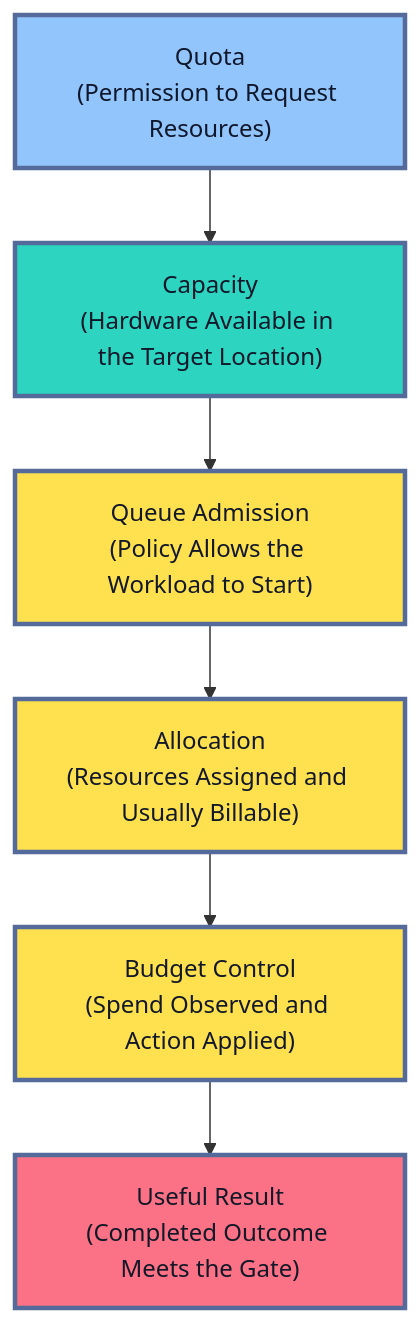
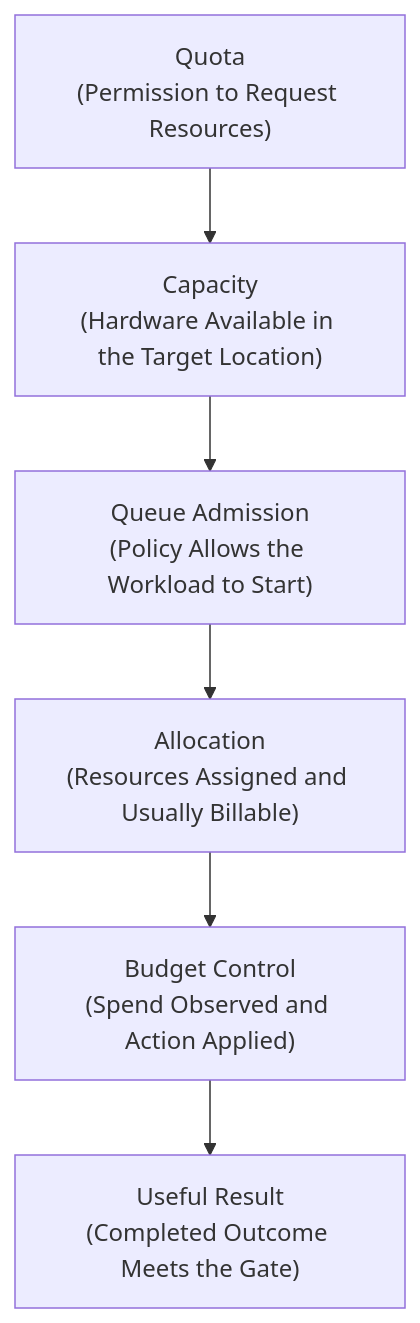
One commit to senlinyy/dev-roadmaps changed the second of 5 diagrams in roadmaps/mlops/modules/training-pipelines/scaling-training/03-training-cost-and-quotas.md. Above: the diagram before and after it, drawn with Mermaid. The commit also changed other lines of this file and 152 other files, not shown here.

Commit message:
feat: mlops and diagrams updated

````diff
--- a/roadmaps/mlops/modules/training-pipelines/scaling-training/03-training-cost-and-quotas.md
+++ b/roadmaps/mlops/modules/training-pipelines/scaling-training/03-training-cost-and-quotas.md
@@ -140,17 +136,13 @@
 ```mermaid
 flowchart TD
     A["Quota<br/>(Permission to Request Resources)"] --> B["Capacity<br/>(Hardware Available in the Target Location)"]
     B --> C["Queue Admission<br/>(Policy Allows the Workload to Start)"]
     C --> D["Allocation<br/>(Resources Assigned and Usually Billable)"]
     D --> E["Budget Control<br/>(Spend Observed and Action Applied)"]
     E --> F["Useful Result<br/>(Completed Outcome Meets the Gate)"]
 
-    classDef permission fill:#93C5FD,stroke:#536A9A,stroke-width:3px,color:#0F172A
-    classDef supply fill:#2DD4BF,stroke:#536A9A,stroke-width:3px,color:#0F172A
-    classDef control fill:#FFE04F,stroke:#536A9A,stroke-width:3px,color:#111827
-    classDef outcome fill:#FB7185,stroke:#536A9A,stroke-width:3px,color:#111827
     class A permission
     class B supply
     class C,D,E control
     class F outcome
 ```
````
